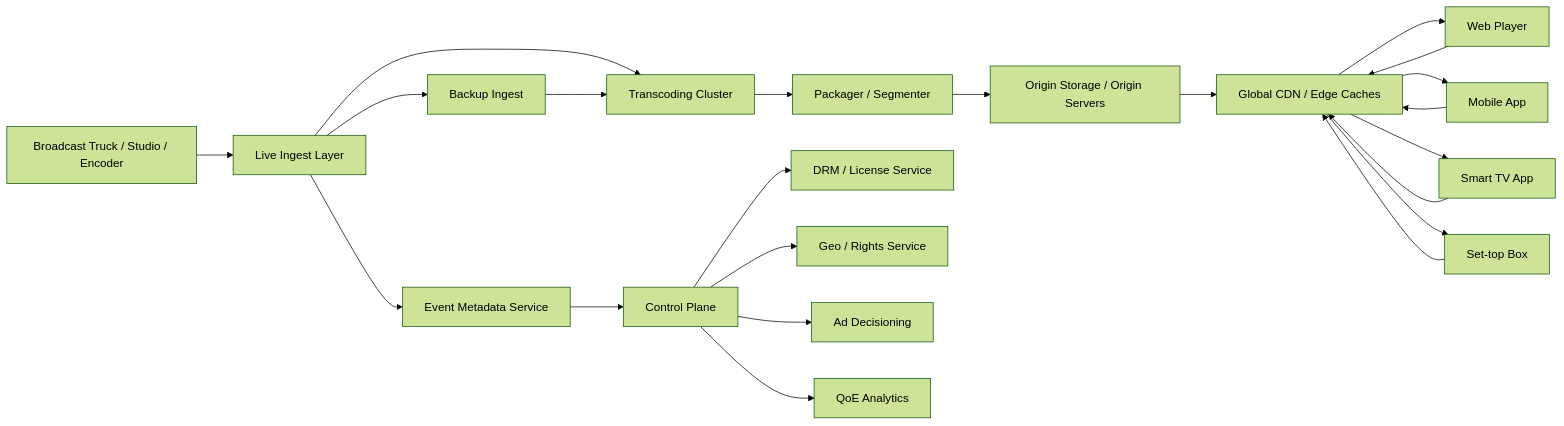
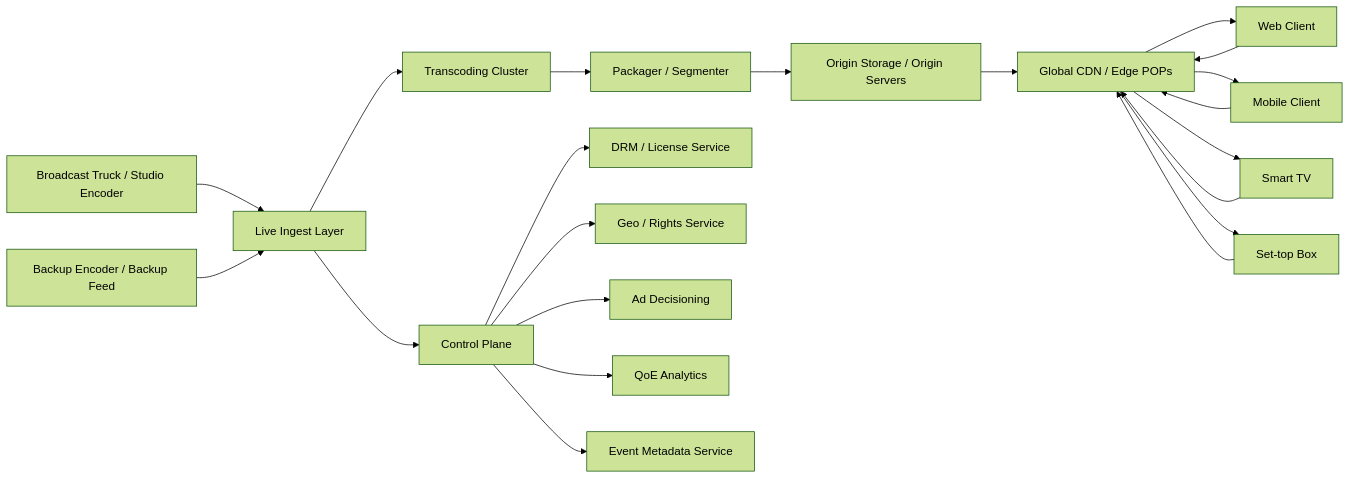
The first of 11 diagrams in src/content/design-a-live-streaming-service.md (gojosatoru123-ux/CacheU), drawn with Mermaid (forest theme) before and after one commit. The commit also changed other lines of this file and 17 other files, not shown here.

````diff
--- a/src/content/design-a-live-streaming-service.md
+++ b/src/content/design-a-live-streaming-service.md
@@ -189,28 +172,27 @@
 ```mermaid
 flowchart LR
-    Broadcaster[Broadcast Truck / Studio / Encoder] --> Ingest[Live Ingest Layer]
-    Ingest --> BackupIngest[Backup Ingest]
+    Broadcaster[Broadcast Truck / Studio Encoder] --> Ingest[Live Ingest Layer]
+    Backup[Backup Encoder / Backup Feed] --> Ingest
+
     Ingest --> Transcode[Transcoding Cluster]
-    BackupIngest --> Transcode
-
     Transcode --> Packager[Packager / Segmenter]
     Packager --> Origin[Origin Storage / Origin Servers]
-    Origin --> CDN[Global CDN / Edge Caches]
+    Origin --> CDN[Global CDN / Edge POPs]
 
-    Client1[Web Player] --> CDN
-    Client2[Mobile App] --> CDN
-    Client3[Smart TV App] --> CDN
+    Client1[Web Client] --> CDN
+    Client2[Mobile Client] --> CDN
+    Client3[Smart TV] --> CDN
     Client4[Set-top Box] --> CDN
 
     CDN --> Client1
     CDN --> Client2
     CDN --> Client3
     CDN --> Client4
 
-    Ingest --> Metadata[Event Metadata Service]
-    Metadata --> Control[Control Plane]
+    Ingest --> Control[Control Plane]
     Control --> DRM[DRM / License Service]
     Control --> Rights[Geo / Rights Service]
     Control --> Ads[Ad Decisioning]
     Control --> Analytics[QoE Analytics]
+    Control --> Metadata[Event Metadata Service]
 ```
````
